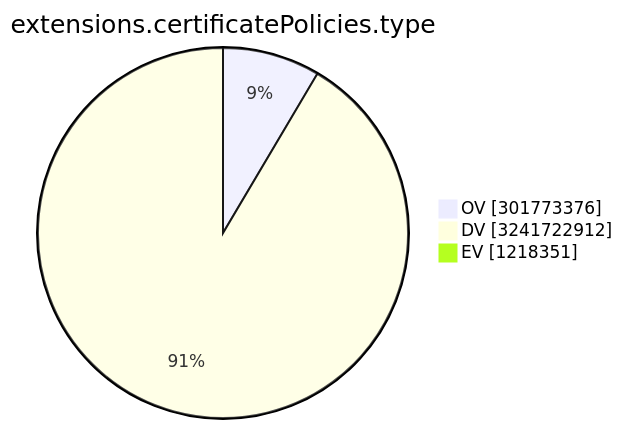
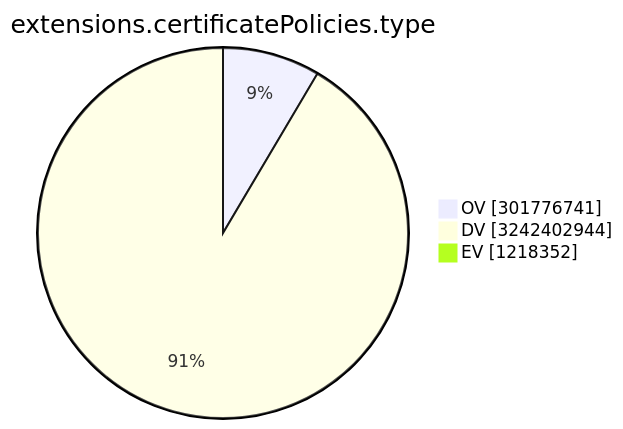
The ninth of 15 diagrams in TOTAL/README.md (christiankrug/ctmonitor_visualization), drawn with Mermaid before and after one commit. The commit also changed other lines of this file, not shown here.

````diff
--- a/TOTAL/README.md
+++ b/TOTAL/README.md
@@ -3107,7 +3107,7 @@
 ```mermaid
 pie showData
 title extensions.certificatePolicies.type
-"OV" :301773376
-"DV" :3241722912
-"EV" :1218351
+"OV" :301776741
+"DV" :3242402944
+"EV" :1218352
 ```
````
